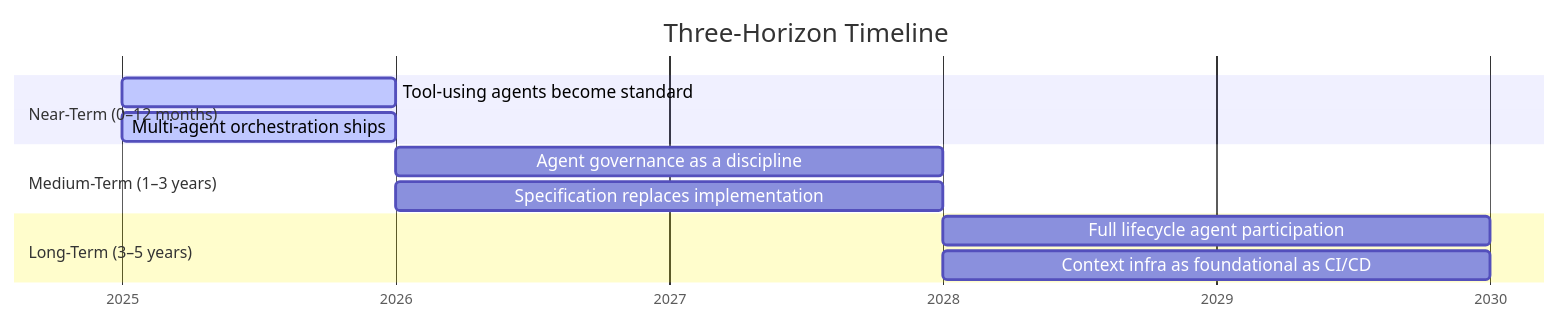
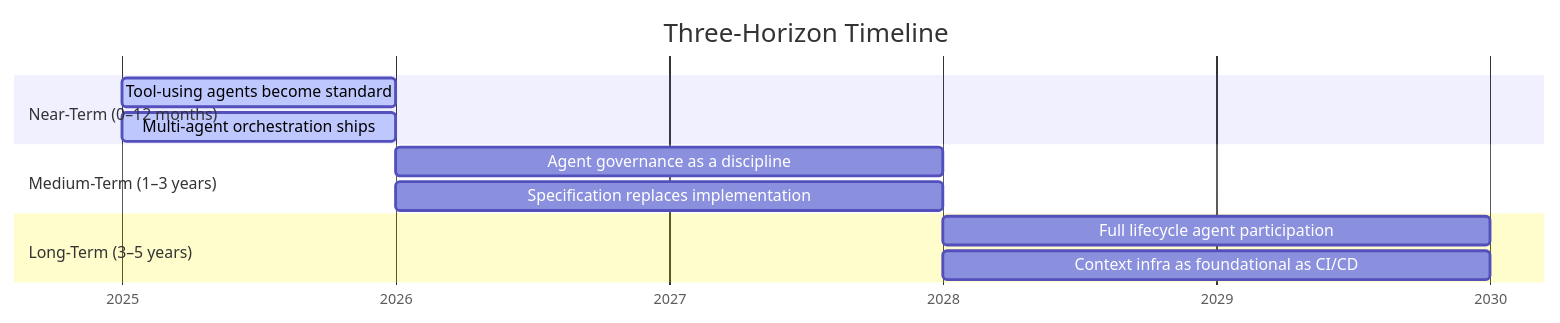
The diagram in handbook/ch15-what-comes-next.qmd (danielmeppiel/agentic-sdlc-handbook), drawn with Mermaid before and after one commit. The commit also changed 17 other files, not shown here.

First line of the commit message:
fix: remove all Mermaid theme overrides, use Quarto native theming

````diff
--- a/handbook/ch15-what-comes-next.qmd
+++ b/handbook/ch15-what-comes-next.qmd
@@ -37,27 +37,22 @@
 ```{mermaid}
 %%| fig-width: 4.5
 %%| fig-cap: "Three-horizon technology timeline"
 %%| fig-alt: "Gantt chart showing three technology horizons: Near-Term (0 to 12 months, 2025 to 2026) includes Tool-using agents become standard and Multi-agent orchestration ships, both marked as active; Medium-Term (1 to 3 years, 2026 to 2028) includes Agent governance as a discipline and Specification replaces implementation; Long-Term (3 to 5 years, 2028 to 2030) includes Full lifecycle agent participation and Context infrastructure as foundational as CI/CD."
 %%| label: fig-three-horizons
----
-config:
-  gantt:
-    fontSize: 12
----
 gantt
     title Three-Horizon Timeline
     dateFormat YYYY
     axisFormat %Y
 
     section Near-Term (0–12 months)
     Tool-using agents become standard       :active, n1, 2025, 2026
     Multi-agent orchestration ships          :active, n2, 2025, 2026
 
     section Medium-Term (1–3 years)
     Agent governance as a discipline         :m1, 2026, 2028
     Specification replaces implementation    :m2, 2026, 2028
 
     section Long-Term (3–5 years)
     Full lifecycle agent participation       :l1, 2028, 2030
     Context infra as foundational as CI/CD   :l2, 2028, 2030
 ```
````
